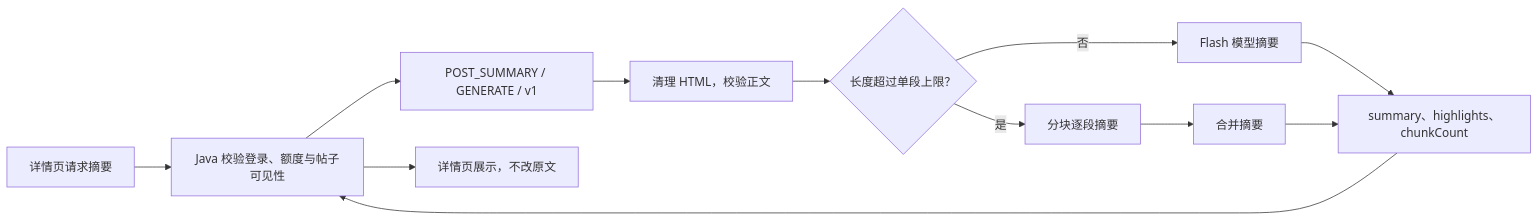
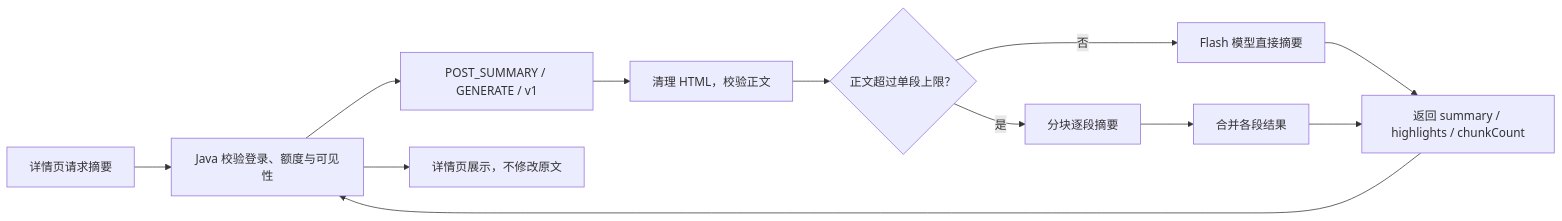
One commit to pluchon/mengmeng_forum changed the tenth of 19 diagrams in README.md. Above: the diagram before and after it, drawn with Mermaid. The commit also changed other lines of this file, not shown here.

````diff
--- a/README.md
+++ b/README.md
@@ -229,14 +252,14 @@
 ```mermaid
 flowchart LR
-  A["详情页请求摘要"] --> J["Java 校验登录、额度与帖子可见性"]
+  A["详情页请求摘要"] --> J["Java 校验登录、额度与可见性"]
   J --> G["POST_SUMMARY / GENERATE / v1"]
   G --> CLEAN["清理 HTML，校验正文"]
-  CLEAN --> SPLIT{"长度超过单段上限？"}
-  SPLIT -->|否| ONE["Flash 模型摘要"]
+  CLEAN --> SPLIT{"正文超过单段上限？"}
+  SPLIT -->|否| ONE["Flash 模型直接摘要"]
   SPLIT -->|是| CHUNK["分块逐段摘要"]
-  CHUNK --> MERGE["合并摘要"]
-  ONE --> RESULT["summary、highlights、chunkCount"]
+  CHUNK --> MERGE["合并各段结果"]
+  ONE --> RESULT["返回 summary / highlights / chunkCount"]
   MERGE --> RESULT
   RESULT --> J
-  J --> UI["详情页展示，不改原文"]
+  J --> UI["详情页展示，不修改原文"]
 ```
````
